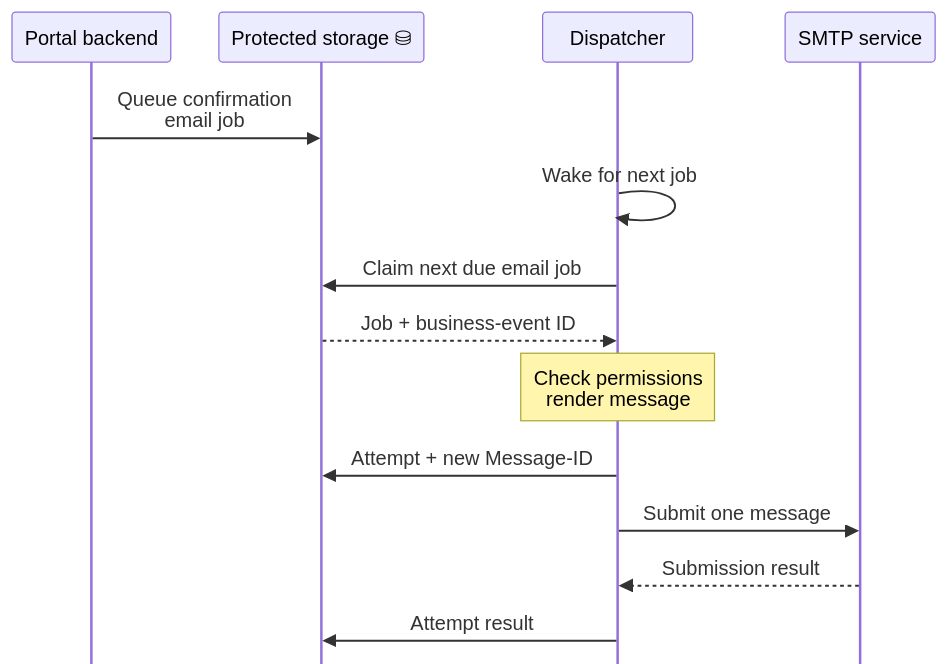
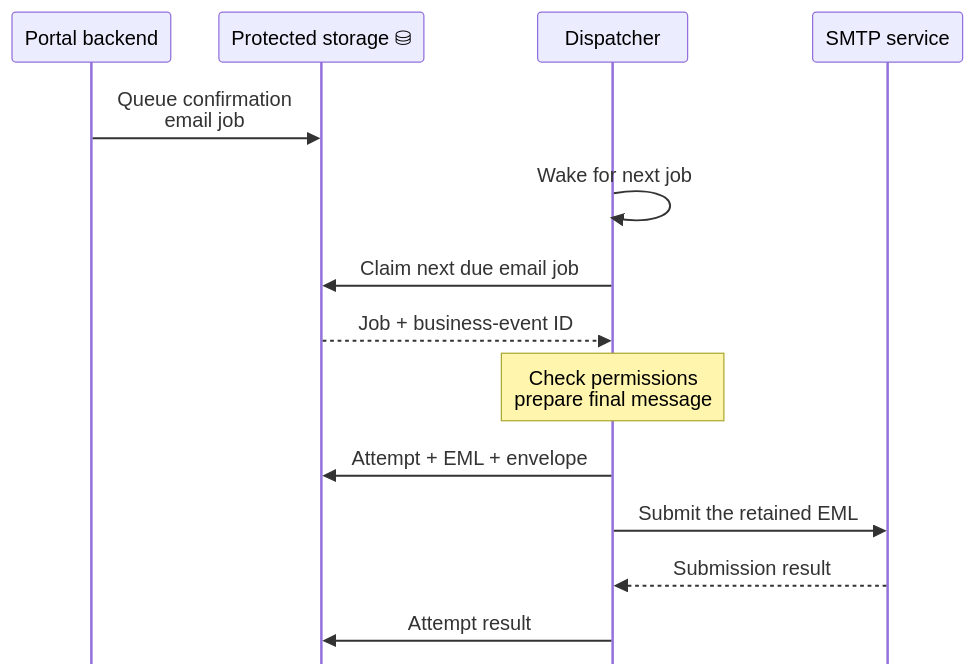
One commit to simple-java-mail/simplejavamail.org changed the fourth of 7 diagrams in src/journal/2026-09-10-mail-at-polar-meridian-systems.md. Above: the diagram before and after it, drawn with Mermaid. The commit also changed other lines of this file and 7 other files, not shown here.

````diff
--- a/src/journal/2026-09-10-mail-at-polar-meridian-systems.md
+++ b/src/journal/2026-09-10-mail-at-polar-meridian-systems.md
@@ -172,20 +209,20 @@
 ```mermaid
 %%{init: { "sequence": { "mirrorActors": false, "actorMargin": 24, "width": 120, "height": 40, "messageMargin": 24, "diagramMarginX": 8, "diagramMarginY": 8 }, "themeCSS": "rect.actor[name=store] { fill: #E6E8EA; stroke: #757D84; } .actor-line[name=store] { stroke: #757D84; }" } }%%
 sequenceDiagram
     accTitle: An order confirmation and its attempt record
-    accDescr: The ordering portal's backend queues an order-confirmation email job from its outbox. The dispatcher wakes to poll for due jobs, claims one from protected storage, checks permissions and renders the message. It stores an attempt with a new Message-ID before submitting to SMTP, then records the outcome against that attempt.
+    accDescr: The ordering portal's backend queues an order-confirmation email job from its outbox. The dispatcher claims a due job, checks permissions and prepares its final message. It retains the exact EML and envelope with a new attempt Message-ID before submitting those bytes to SMTP, then records the result.
     participant app as Portal backend
     participant store as Protected storage ⛁
     participant worker as Dispatcher
     participant smtp as SMTP service
 
     app->>store: Queue confirmation<br/>email job
     worker->>worker: Wake for next job
     worker->>store: Claim next due email job
     store-->>worker: Job + business-event ID
-    Note over worker: Check permissions<br/>render message
-    worker->>store: Attempt + new Message-ID
-    worker->>smtp: Submit one message
+    Note over worker: Check permissions<br/>prepare final message
+    worker->>store: Attempt + EML + envelope
+    worker->>smtp: Submit the retained EML
     smtp-->>worker: Submission result
     worker->>store: Attempt result
 ```
````
